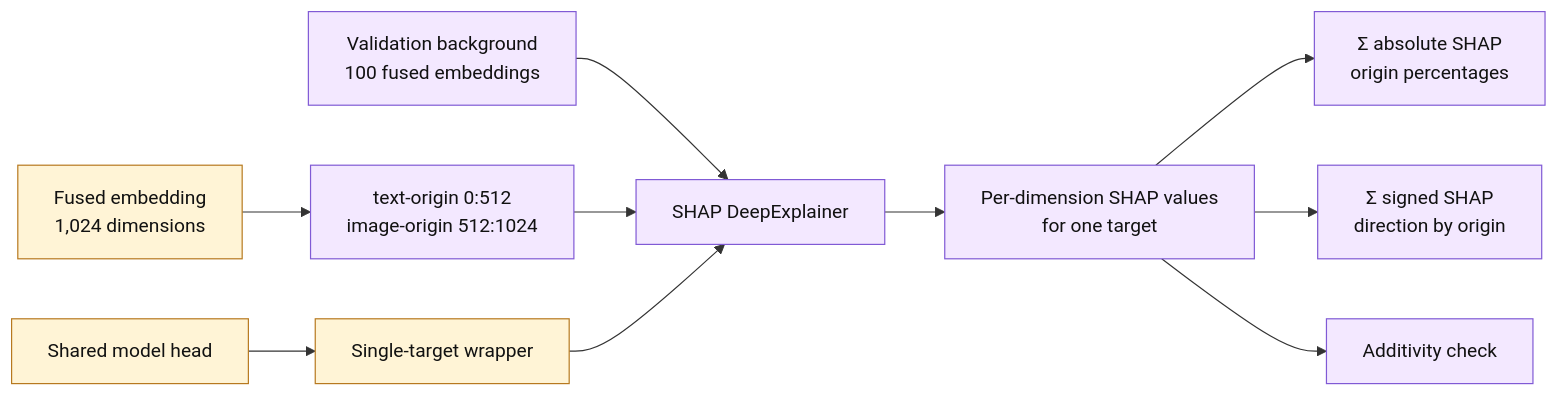
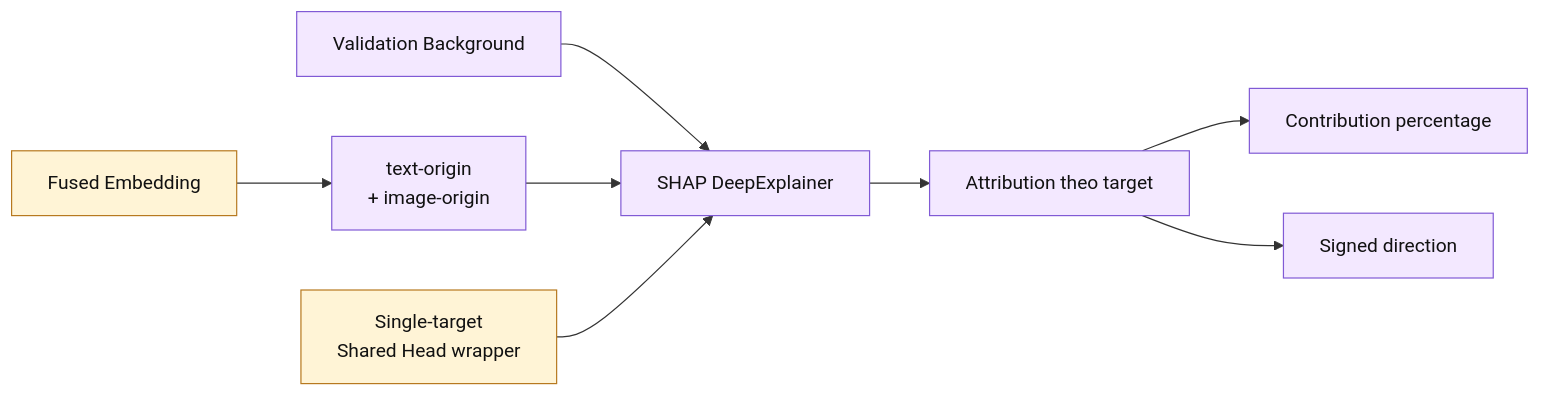
One commit to lechihoang/SE365 changed the seventh of 11 diagrams in xAI_AIagent_presentation_proposal.md. Above: the diagram before and after it, drawn with Mermaid. The commit also changed other lines of this file, not shown here.

Commit message:
v2 proposal of xai+ ai Agent

````diff
--- a/xAI_AIagent_presentation_proposal.md
+++ b/xAI_AIagent_presentation_proposal.md
@@ -334,17 +376,15 @@
 ```mermaid
 flowchart LR
-    F["Fused embedding<br/>1,024 dimensions"] --> SPLIT["text-origin 0:512<br/>image-origin 512:1024"]
-    BG["Validation background<br/>100 fused embeddings"] --> DE["SHAP DeepExplainer"]
-    SPLIT --> DE
-    H["Shared model head"] --> W["Single-target wrapper"]
-    W --> DE
-    DE --> SV["Per-dimension SHAP values<br/>for one target"]
-    SV --> ABS["Σ absolute SHAP<br/>origin percentages"]
-    SV --> SGN["Σ signed SHAP<br/>direction by origin"]
-    SV --> ADD["Additivity check"]
+    F["Fused Embedding"] --> S["text-origin<br/>+ image-origin"]
+    BG["Validation Background"] --> DE["SHAP DeepExplainer"]
+    S --> DE
+    H["Single-target<br/>Shared Head wrapper"] --> DE
+    DE --> A["Attribution theo target"]
+    A --> P["Contribution percentage"]
+    A --> D["Signed direction"]
 
     classDef model fill:#FFF4D6,stroke:#B7791F,color:#111;
     classDef xai fill:#F3E8FF,stroke:#805AD5,color:#111;
-    class F,H,W model;
-    class BG,SPLIT,DE,SV,ABS,SGN,ADD xai;
+    class F,H model;
+    class S,BG,DE,A,P,D xai;
 ```
````
